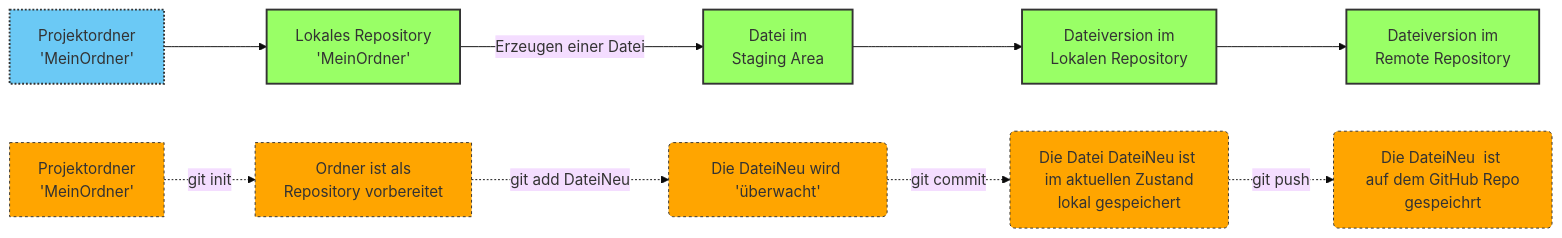
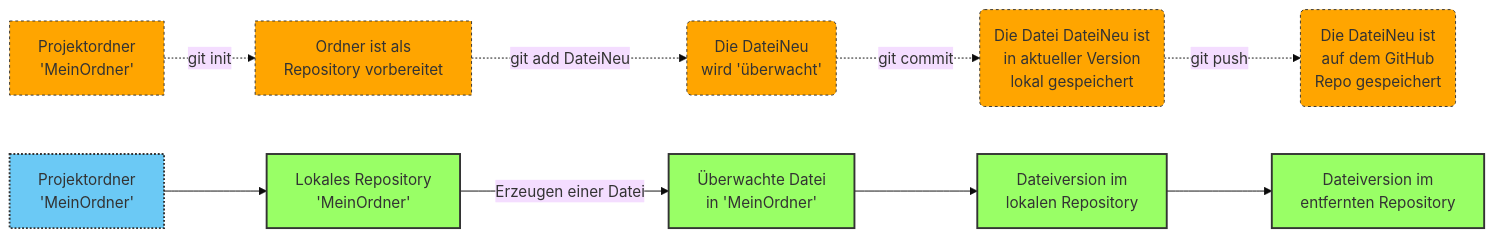
One commit to ammrie/Praxislab changed the second of 2 diagrams in modules/de-git-module.qmd. Above: the diagram before and after it, drawn with Mermaid (base theme). The commit also changed 1 other file, not shown here.

````diff
--- a/modules/de-git-module.qmd
+++ b/modules/de-git-module.qmd
@@ -110,24 +110,26 @@
 ```{mermaid}
 %%| fig-cap: Ablauf init-add-commit-push  
 graph LR
+    AA[Projektordner <br> 'MeinOrdner'] -.git init.-> 
+    BB[Ordner ist als  <br> Repository vorbereitet] -.git add DateiNeu.->
+    CC(Die DateiNeu <br> wird 'überwacht') -.git commit.-> 
+    DD(Die Datei DateiNeu ist <br> in aktueller Version <br> lokal gespeichert) -.git push.-> 
+    EE(Die DateiNeu  ist <br> auf dem GitHub<br> Repo gespeichert)
+    
     A[Projektordner <br> 'MeinOrdner'] --> 
     B[Lokales Repository <br> 'MeinOrdner'] -- Erzeugen einer Datei -->
-    C[Datei im <br>Staging Area] --> 
-    D[Dateiversion im <br> Lokalen Repository ] --> 
-    E[Dateiversion im <br> Remote Repository ]
+    C[Überwachte Datei <br> in 'MeinOrdner'] --> 
+    D[Dateiversion im <br> lokalen Repository ] --> 
+    E[Dateiversion im <br> entfernten Repository ]
     
-    AA[Projektordner <br> 'MeinOrdner'] -.git init.-> 
-    BB[Ordner ist als  <br> Repository vorbereitet] -.git add DateiNeu.->
-    CC(Die DateiNeu wird 'überwacht') -.git commit.-> 
-    DD(Die Datei DateiNeu ist <br> im aktuellen Zustand lokal gespeichert) -.git push.-> 
-    EE(Die DateiNeu  ist <br> auf dem GitHub Repo gespeichrt)
+
 
     classDef green fill:#9f6,stroke:#333,stroke-width:2px
     classDef blue fill:#6BC9F5,stroke:#333,stroke-width:2px,stroke-dasharray: 2
     classDef orange fill:orange,stroke:#333,stroke-width:1px,stroke-dasharray: 3
     class A blue
     class B,C,D,D,E,F green
     class DD,CC,AA,BB,EE orange
 
 
 ```
````
